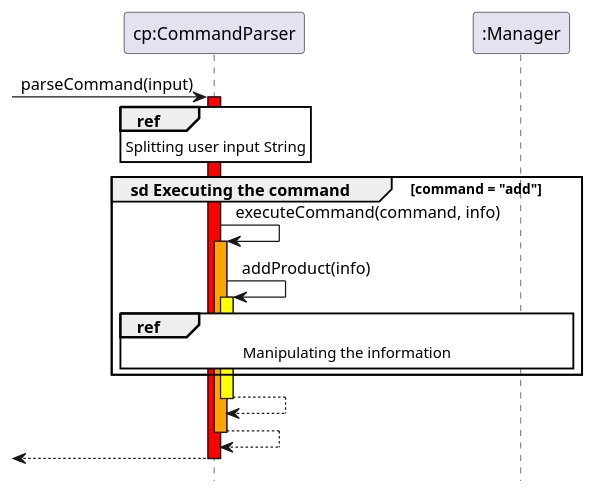
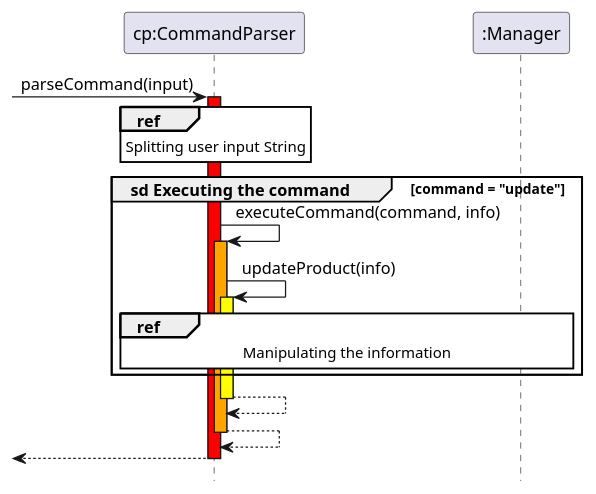
One commit to AY2425S2-CS2113-F11-1/tp changed the diagram in docs/diagrams/CommandParser_Ref2.puml. Above: the diagram before and after it, drawn with PlantUML. The commit also changed 3 other files, not shown here.

```diff
--- a/docs/diagrams/CommandParser_Ref2.puml
+++ b/docs/diagrams/CommandParser_Ref2.puml
@@ -1,26 +1,27 @@
 @startuml
  hide footbox
  skinparam sequenceReferenceBackgroundColor #
 
  participant "cp:CommandParser" as cp
  participant ":Manager" as m
 
  -> cp ++ #red: parseCommand(input)
 
  ref over cp
      Splitting user input String
  end ref
 
- group sd Executing the command [command = "add"]
+ group sd Executing the command [command = "update"]
      cp -> cp ++ #orange : executeCommand(command, info)
-     cp -> cp ++ #yellow : addProduct(info)
+     cp -> cp ++ #yellow : updateProduct(info)
+
      ref over cp, m
          Manipulating the information
      end ref
  end
 
  return
  return
  return
 
  @enduml
```
